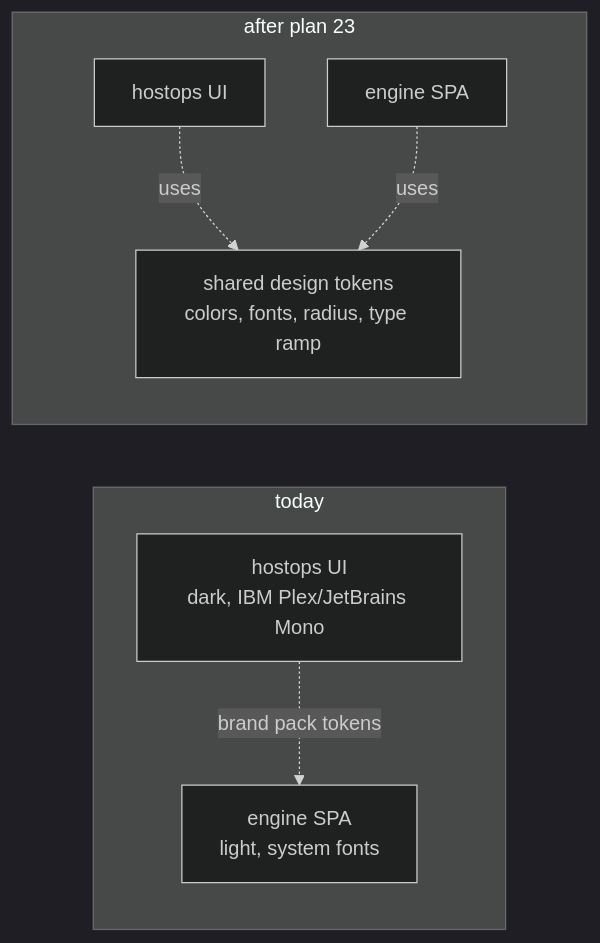
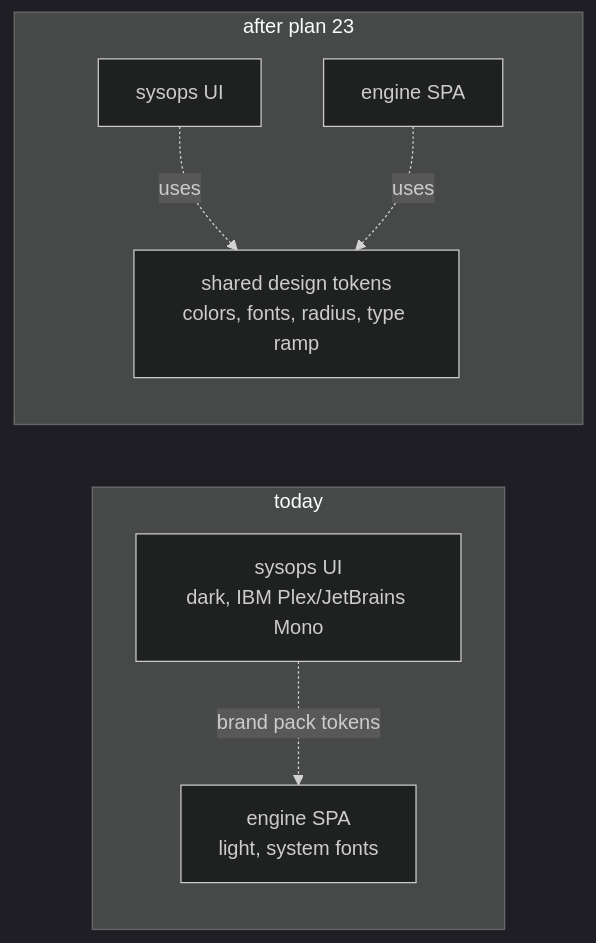
The diagram in .claude/plans/23-engine-spa-design-system-match.md (developerinlondon/assay), drawn with Mermaid (dark theme) before and after one commit. The commit also changed other lines of this file and 344 other files, not shown here.

First line of the commit message:
refactor(libs): rename hostops → sysops

````diff
--- a/.claude/plans/23-engine-spa-design-system-match.md
+++ b/.claude/plans/23-engine-spa-design-system-match.md
@@ -12,13 +12,13 @@
 ```mermaid
 flowchart LR
   subgraph current["today"]
-    h1[hostops UI<br/>dark, IBM Plex/JetBrains Mono]
+    h1[sysops UI<br/>dark, IBM Plex/JetBrains Mono]
     e1[engine SPA<br/>light, system fonts]
     h1 -.brand pack tokens.-> e1
   end
   subgraph target["after plan 23"]
     shared[shared design tokens<br/>colors, fonts, radius, type ramp]
-    h2[hostops UI] -.uses.-> shared
+    h2[sysops UI] -.uses.-> shared
     e2[engine SPA] -.uses.-> shared
   end
 ```
````
